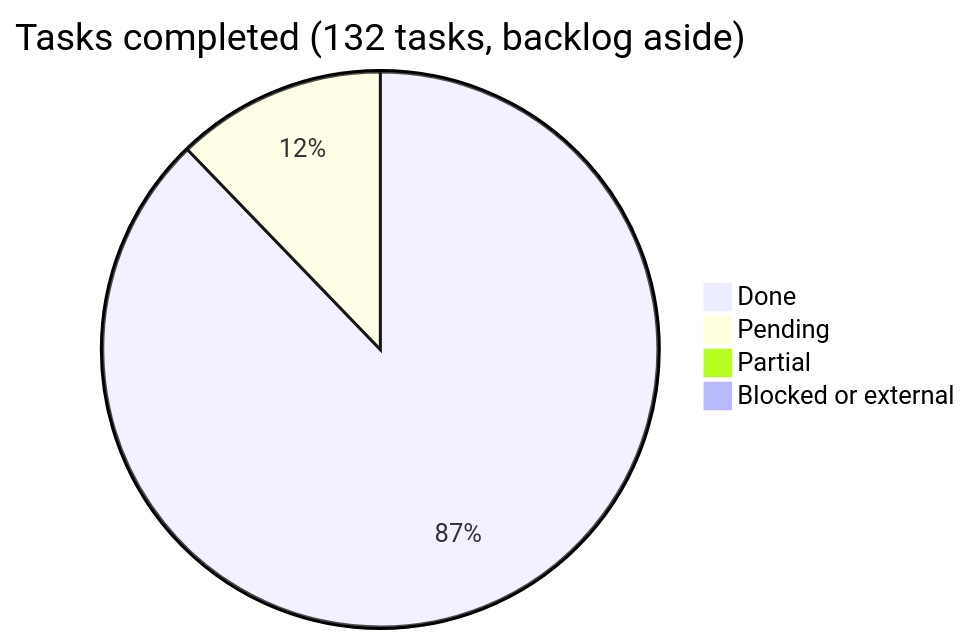
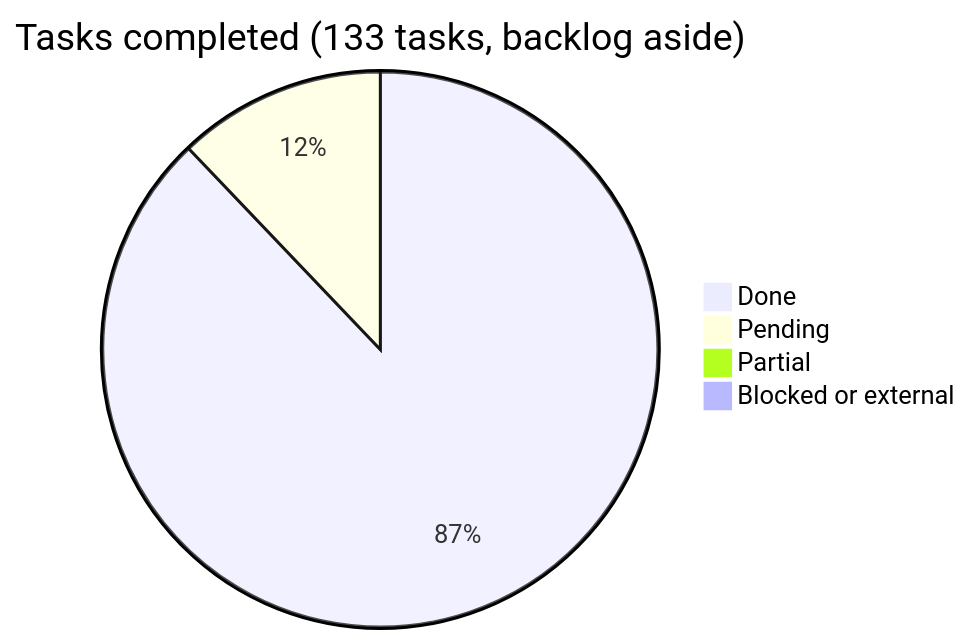
One commit to araguaney-lat/araguaney-app changed the diagram in docs/roadmap/README.md. Above: the diagram before and after it, drawn with Mermaid. The commit also changed other lines of this file and 6 other files, not shown here.

````diff
--- a/docs/roadmap/README.md
+++ b/docs/roadmap/README.md
@@ -29,7 +29,7 @@
 ```mermaid
-pie title Tasks completed (132 tasks, backlog aside)
-    "Done" : 115
+pie title Tasks completed (133 tasks, backlog aside)
+    "Done" : 116
     "Pending" : 16
     "Partial" : 1
     "Blocked or external" : 0
 ```
````
